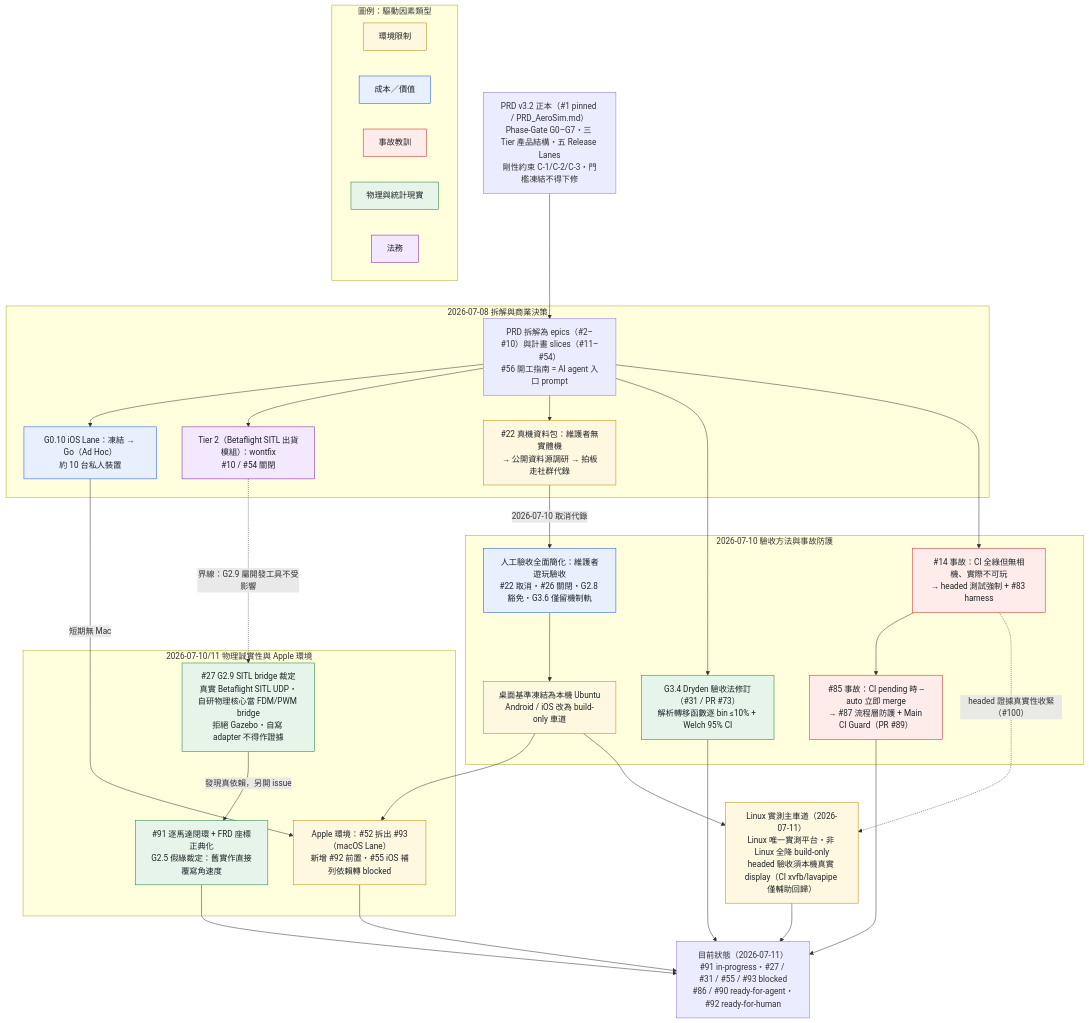
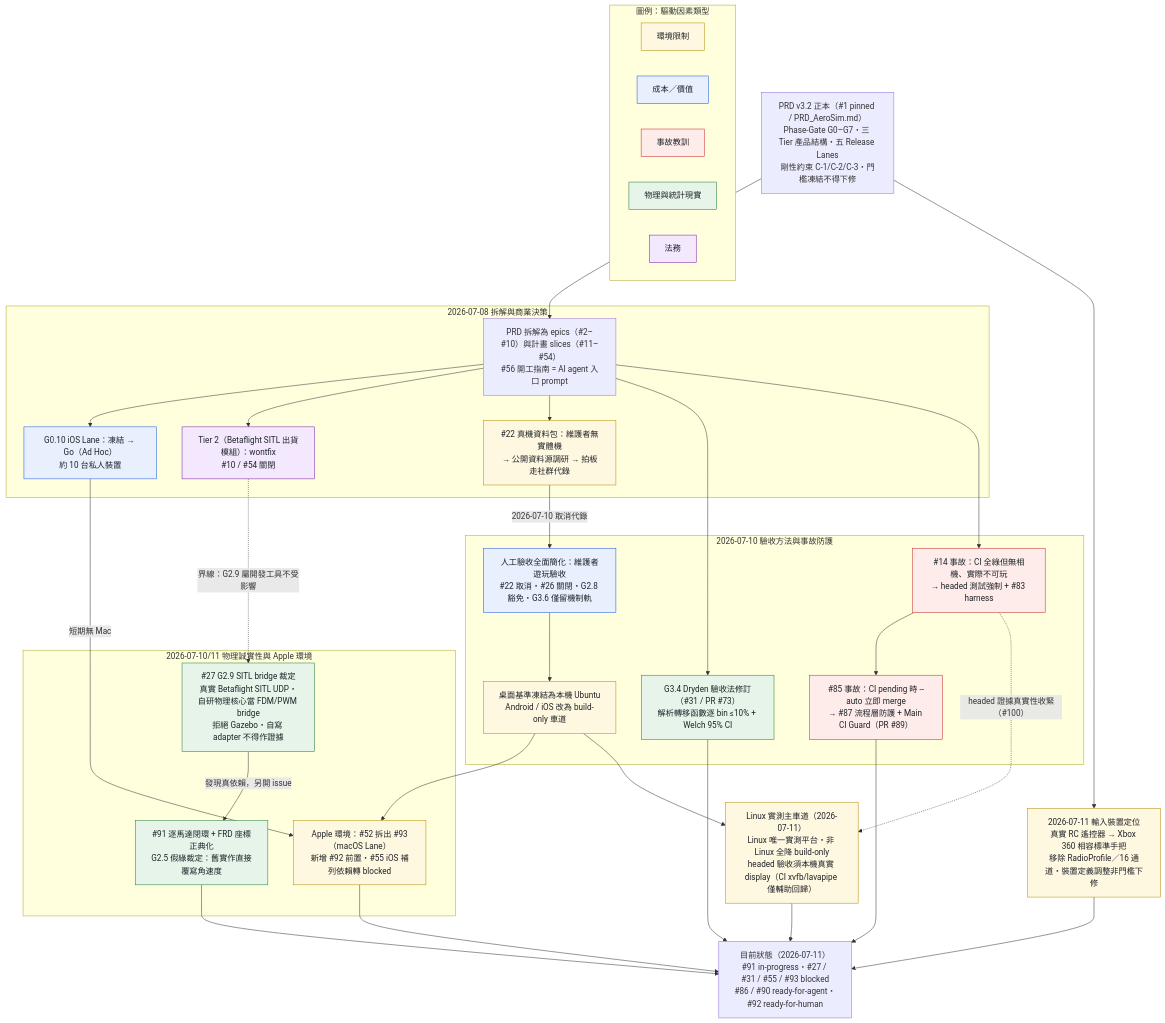
One commit to KarlSideProjects/AeroSim changed the first of 2 diagrams in docs/development-decision-flow.md. Above: the diagram before and after it, drawn with Mermaid. The commit also changed other lines of this file, not shown here.

First line of the commit message:
docs: 補開發決策流程手把輸入節點（#11 + 總覽圖） [docs-ai]

````diff
--- a/docs/development-decision-flow.md
+++ b/docs/development-decision-flow.md
@@ -16,70 +16,73 @@
 ```mermaid
 flowchart TD
     PRD["PRD v3.2 正本（#1 pinned / PRD_AeroSim.md）<br/>Phase-Gate G0–G7・三 Tier 產品結構・五 Release Lanes<br/>剛性約束 C-1/C-2/C-3・門檻凍結不得下修"]
 
     subgraph D1["2026-07-08 拆解與商業決策"]
         SPLIT["PRD 拆解為 epics（#2–#10）與計畫 slices（#11–#54）<br/>#56 開工指南 = AI agent 入口 prompt"]
         IOS["G0.10 iOS Lane：凍結 → Go（Ad Hoc）<br/>約 10 台私人裝置"]
         T2["Tier 2（Betaflight SITL 出貨模組）：wontfix<br/>#10 / #54 關閉"]
         DATA1["#22 真機資料包：維護者無實體機<br/>→ 公開資料源調研 → 拍板走社群代錄"]
     end
 
     subgraph D2["2026-07-10 驗收方法與事故防護"]
         G34["G3.4 Dryden 驗收法修訂（#31 / PR #73）<br/>解析轉移函數逐 bin ≤10% + Welch 95% CI"]
         SIMP["人工驗收全面簡化：維護者遊玩驗收<br/>#22 取消・#26 關閉・G2.8 豁免・G3.6 僅留機制軌"]
         LANES["桌面基準凍結為本機 Ubuntu<br/>Android / iOS 改為 build-only 車道"]
         I14["#14 事故：CI 全綠但無相機、實際不可玩<br/>→ headed 測試強制 + #83 harness"]
         I87["#85 事故：CI pending 時 --auto 立即 merge<br/>→ #87 流程層防護 + Main CI Guard（PR #89）"]
     end
 
     subgraph D3["2026-07-10/11 物理誠實性與 Apple 環境"]
         SITL["#27 G2.9 SITL bridge 裁定<br/>真實 Betaflight SITL UDP・自研物理核心當 FDM/PWM bridge<br/>拒絕 Gazebo・自寫 adapter 不得作證據"]
         M91["#91 逐馬達閉環 + FRD 座標正典化<br/>G2.5 假綠裁定：舊實作直接覆寫角速度"]
         APPLE["Apple 環境：#52 拆出 #93（macOS Lane）<br/>新增 #92 前置・#55 iOS 補列依賴轉 blocked"]
     end
 
     LINPRI["Linux 實測主車道（2026-07-11）<br/>Linux 唯一實測平台・非 Linux 全降 build-only<br/>headed 驗收須本機真實 display（CI xvfb/lavapipe 僅輔助回歸）"]
+    GAMEPAD["2026-07-11 輸入裝置定位<br/>真實 RC 遙控器 → Xbox 360 相容標準手把<br/>移除 RadioProfile／16 通道・裝置定義調整非門檻下修"]
 
     NOW["目前狀態（2026-07-11）<br/>#91 in-progress・#27 / #31 / #55 / #93 blocked<br/>#86 / #90 ready-for-agent・#92 ready-for-human"]
 
     PRD --> SPLIT
     SPLIT --> IOS
     SPLIT --> T2
     SPLIT --> DATA1
     DATA1 -->|"2026-07-10 取消代錄"| SIMP
     SIMP --> LANES
     SPLIT --> G34
     SPLIT --> I14
     I14 --> I87
     T2 -.->|"界線：G2.9 屬開發工具不受影響"| SITL
     SITL -->|"發現真依賴，另開 issue"| M91
     IOS -->|"短期無 Mac"| APPLE
     LANES --> APPLE
     LANES --> LINPRI
     I14 -.->|"headed 證據真實性收緊（#100）"| LINPRI
     LINPRI --> NOW
     M91 --> NOW
     APPLE --> NOW
     G34 --> NOW
     I87 --> NOW
+    PRD --> GAMEPAD
+    GAMEPAD --> NOW
 
     classDef env fill:#fff8e1,stroke:#b58900,color:#1f2328
     classDef cost fill:#e8f0fe,stroke:#1a56db,color:#1f2328
     classDef incident fill:#fdecea,stroke:#c62828,color:#1f2328
     classDef physics fill:#e6f4ea,stroke:#1e7e34,color:#1f2328
     classDef legal fill:#f3e8fd,stroke:#7b1fa2,color:#1f2328
 
-    class DATA1,LANES,APPLE,LINPRI env
+    class DATA1,LANES,APPLE,LINPRI,GAMEPAD env
     class IOS,SIMP cost
     class I14,I87 incident
     class G34,M91,SITL physics
     class T2 legal
 
     subgraph LEGEND["圖例：驅動因素類型"]
         L1["環境限制"]:::env
         L2["成本／價值"]:::cost
         L3["事故教訓"]:::incident
         L4["物理與統計現實"]:::physics
         L5["法務"]:::legal
     end
 ```
````
